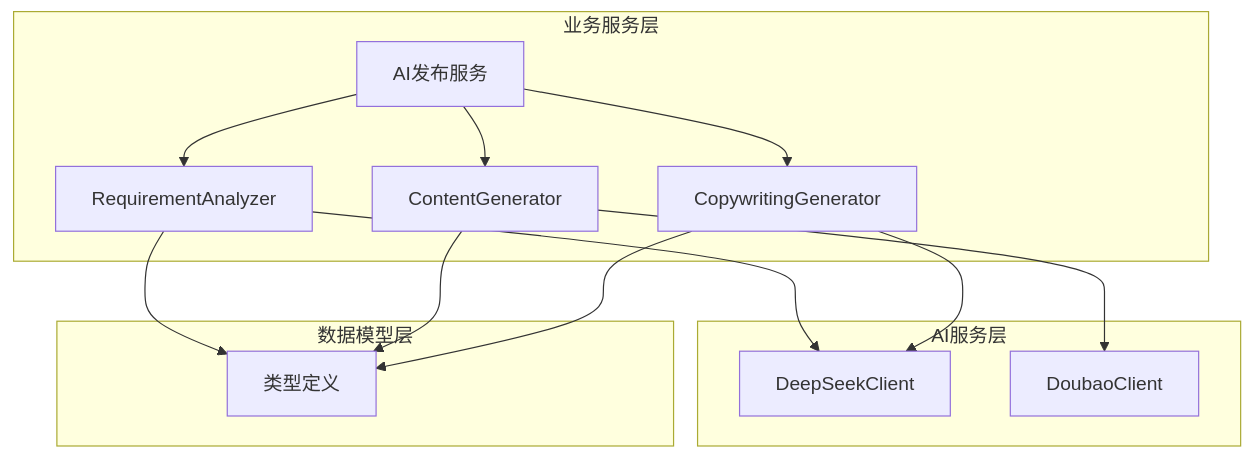
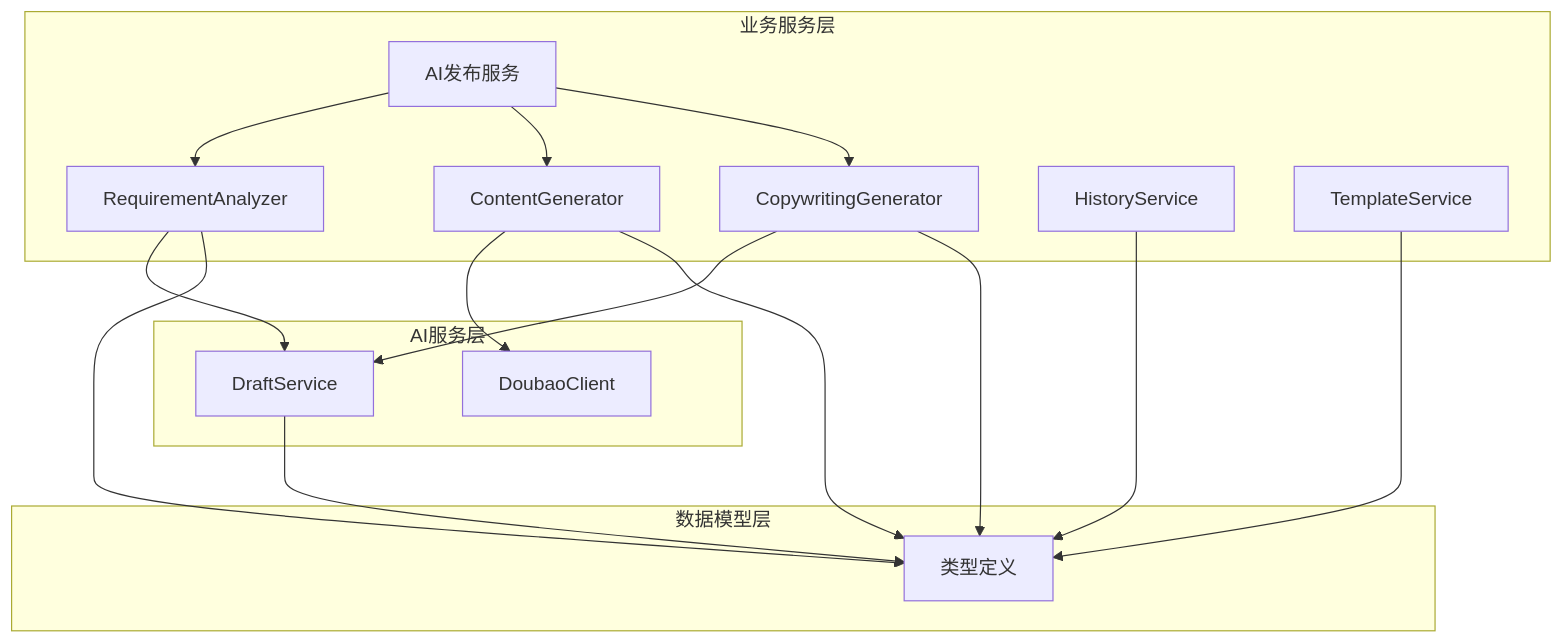
Diagram 11 of 17 in .qoder/repowiki/zh/content/核心模块详解/Web界面系统/AI创作页面.md (songdiyang/clawOperations), drawn with Mermaid before and after one commit. The commit also changed other lines of this file and 52 other files, not shown here.

````diff
--- a/.qoder/repowiki/zh/content/核心模块详解/Web界面系统/AI创作页面.md
+++ b/.qoder/repowiki/zh/content/核心模块详解/Web界面系统/AI创作页面.md
@@ -362,25 +496,31 @@
 ```mermaid
 graph TB
 subgraph "AI服务层"
 DS[DeepSeekClient]
 DB[DoubaoClient]
 end
 subgraph "业务服务层"
 RA[RequirementAnalyzer]
 CG[ContentGenerator]
 CW[CopywritingGenerator]
 AP[AI发布服务]
+DS[DraftService]
+HS[HistoryService]
+TS[TemplateService]
 end
 subgraph "数据模型层"
 Types[类型定义]
 end
 RA --> DS
 CG --> DB
 CW --> DS
 AP --> RA
 AP --> CG
 AP --> CW
+DS --> Types
+HS --> Types
+TS --> Types
 RA --> Types
 CG --> Types
 CW --> Types
 ```
````
